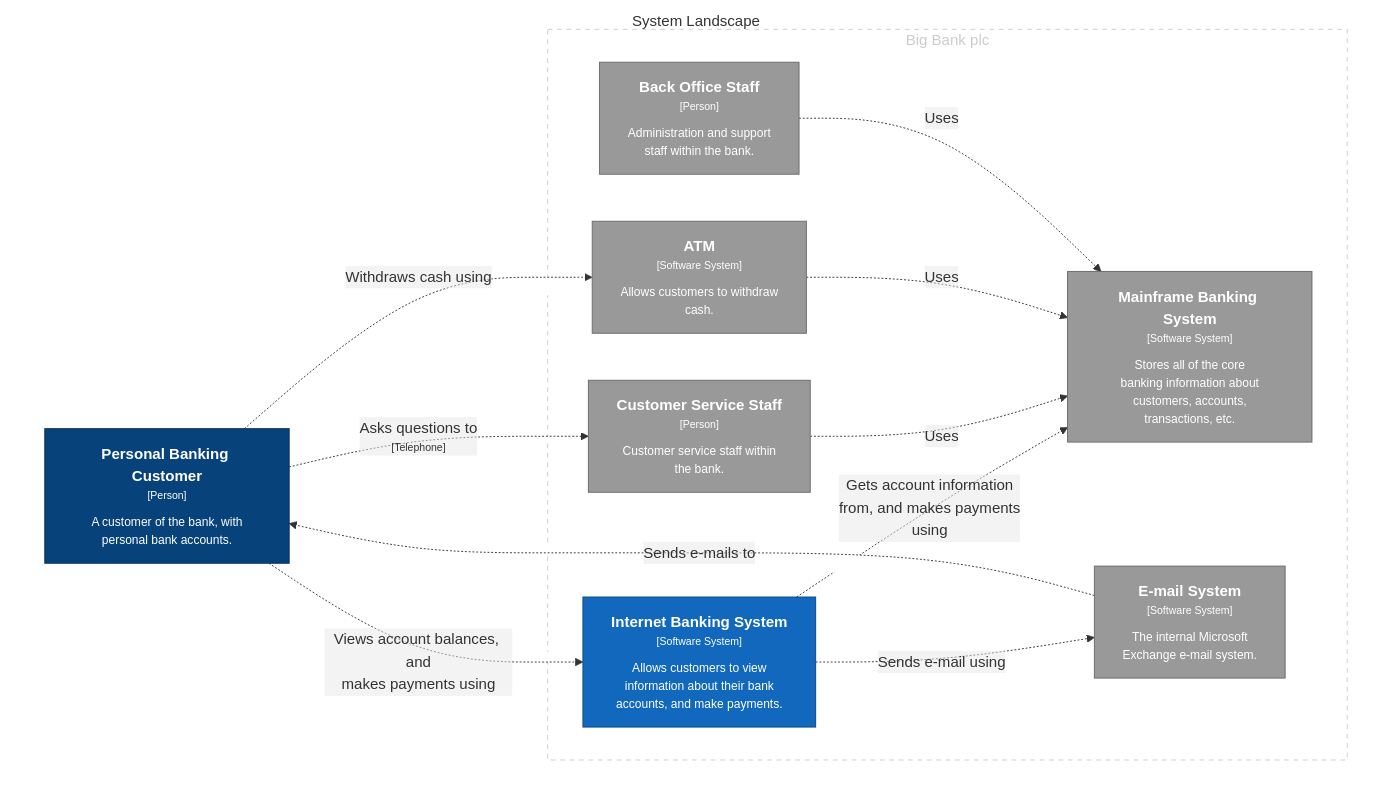
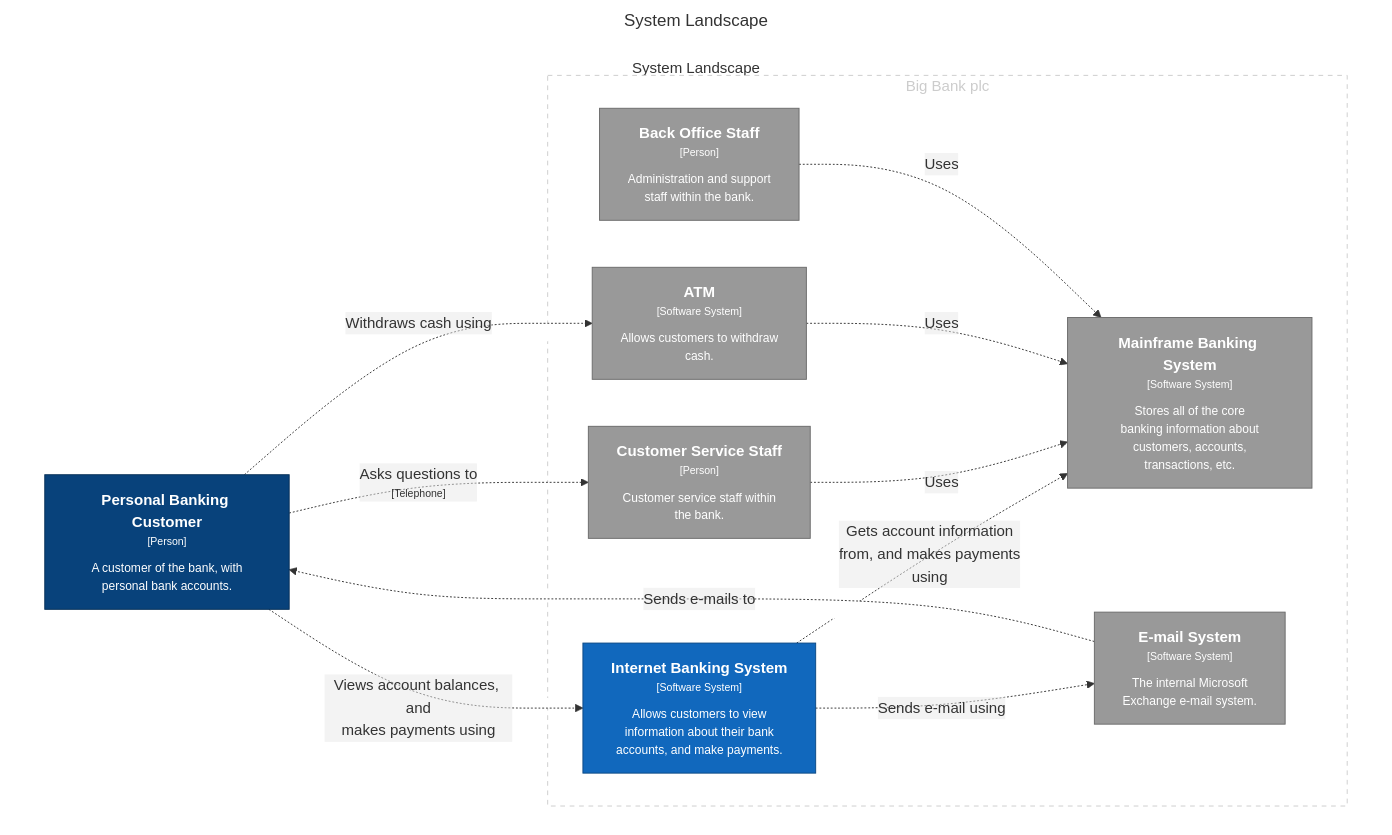
The sixth of 12 diagrams in mermaid/markdown/diagrams.template.md (tramaine-codes/visualization-playground), drawn with Mermaid before and after one commit. The commit also changed other lines of this file and 9 other files, not shown here.

Commit message:
feat: add c4 diagram titles

````diff
--- a/mermaid/markdown/diagrams.template.md
+++ b/mermaid/markdown/diagrams.template.md
@@ -144,38 +144,41 @@
 ```mermaid
+---
+title: System Landscape
+---
 graph TB
   linkStyle default fill:#ffffff
 
   subgraph diagram ["System Landscape"]
     style diagram fill:#ffffff,stroke:#ffffff
 
     subgraph group1 [Big Bank plc]
       style group1 fill:#ffffff,stroke:#cccccc,color:#cccccc,stroke-dasharray:5
 
       2["<div style='font-weight: bold'>Customer Service Staff</div><div style='font-size: 70%; margin-top: 0px'>[Person]</div><div style='font-size: 80%; margin-top:10px'>Customer service staff within<br />the bank.</div>"]
       style 2 fill:#999999,stroke:#6b6b6b,color:#ffffff
       3["<div style='font-weight: bold'>Back Office Staff</div><div style='font-size: 70%; margin-top: 0px'>[Person]</div><div style='font-size: 80%; margin-top:10px'>Administration and support<br />staff within the bank.</div>"]
       style 3 fill:#999999,stroke:#6b6b6b,color:#ffffff
       4["<div style='font-weight: bold'>Mainframe Banking System</div><div style='font-size: 70%; margin-top: 0px'>[Software System]</div><div style='font-size: 80%; margin-top:10px'>Stores all of the core<br />banking information about<br />customers, accounts,<br />transactions, etc.</div>"]
       style 4 fill:#999999,stroke:#6b6b6b,color:#ffffff
       5["<div style='font-weight: bold'>E-mail System</div><div style='font-size: 70%; margin-top: 0px'>[Software System]</div><div style='font-size: 80%; margin-top:10px'>The internal Microsoft<br />Exchange e-mail system.</div>"]
       style 5 fill:#999999,stroke:#6b6b6b,color:#ffffff
       6["<div style='font-weight: bold'>ATM</div><div style='font-size: 70%; margin-top: 0px'>[Software System]</div><div style='font-size: 80%; margin-top:10px'>Allows customers to withdraw<br />cash.</div>"]
       style 6 fill:#999999,stroke:#6b6b6b,color:#ffffff
       7["<div style='font-weight: bold'>Internet Banking System</div><div style='font-size: 70%; margin-top: 0px'>[Software System]</div><div style='font-size: 80%; margin-top:10px'>Allows customers to view<br />information about their bank<br />accounts, and make payments.</div>"]
       style 7 fill:#1168bd,stroke:#0b4884,color:#ffffff
     end
 
     1["<div style='font-weight: bold'>Personal Banking Customer</div><div style='font-size: 70%; margin-top: 0px'>[Person]</div><div style='font-size: 80%; margin-top:10px'>A customer of the bank, with<br />personal bank accounts.</div>"]
     style 1 fill:#08427b,stroke:#052e56,color:#ffffff
 
     1-. "<div>Views account balances, and<br />makes payments using</div><div style='font-size: 70%'></div>" .->7
     7-. "<div>Gets account information<br />from, and makes payments<br />using</div><div style='font-size: 70%'></div>" .->4
     7-. "<div>Sends e-mail using</div><div style='font-size: 70%'></div>" .->5
     5-. "<div>Sends e-mails to</div><div style='font-size: 70%'></div>" .->1
     1-. "<div>Asks questions to</div><div style='font-size: 70%'>[Telephone]</div>" .->2
     2-. "<div>Uses</div><div style='font-size: 70%'></div>" .->4
     1-. "<div>Withdraws cash using</div><div style='font-size: 70%'></div>" .->6
     6-. "<div>Uses</div><div style='font-size: 70%'></div>" .->4
     3-. "<div>Uses</div><div style='font-size: 70%'></div>" .->4
   end
 ```
````
